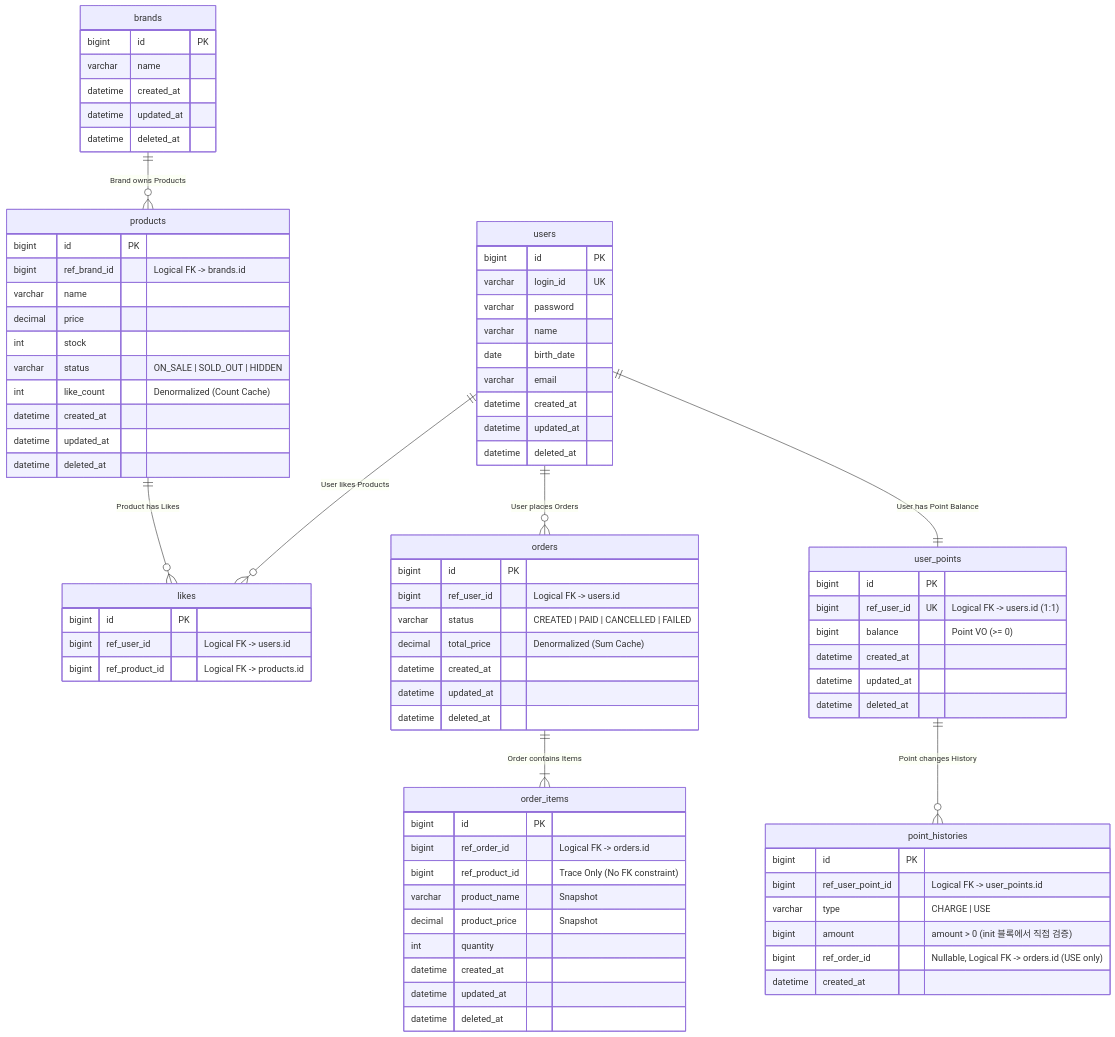
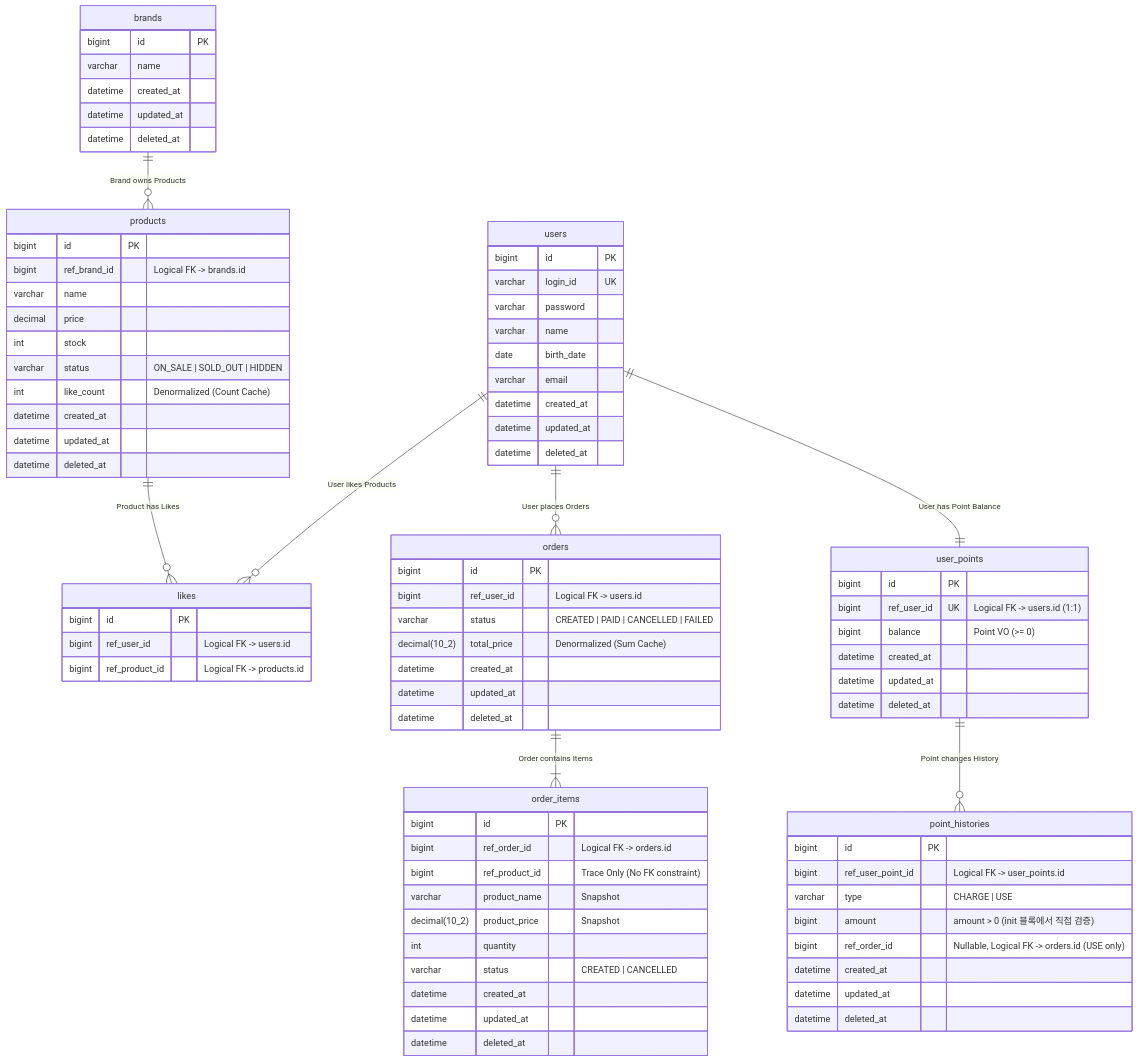
One commit to Loopers-dev-lab/loop-pack-be-l2-vol3-kotlin changed the diagram in docs/design/04-erd.md. Above: the diagram before and after it, drawn with Mermaid. The commit also changed other lines of this file and 6 other files, not shown here.

```diff
--- a/docs/design/04-erd.md
+++ b/docs/design/04-erd.md
@@ -65,7 +65,7 @@
         bigint id PK
         bigint ref_user_id "Logical FK -> users.id"
         varchar status "CREATED | PAID | CANCELLED | FAILED"
-        decimal total_price "Denormalized (Sum Cache)"
+        decimal(10_2) total_price "Denormalized (Sum Cache)"
         datetime created_at
         datetime updated_at
         datetime deleted_at
@@ -76,8 +76,9 @@
         bigint ref_order_id "Logical FK -> orders.id"
         bigint ref_product_id "Trace Only (No FK constraint)"
         varchar product_name "Snapshot"
-        decimal product_price "Snapshot"
+        decimal(10_2) product_price "Snapshot"
         int quantity
+        varchar status "CREATED | CANCELLED"
         datetime created_at
         datetime updated_at
         datetime deleted_at
@@ -99,6 +100,8 @@
         bigint amount "amount > 0 (init 블록에서 직접 검증)"
         bigint ref_order_id "Nullable, Logical FK -> orders.id (USE only)"
         datetime created_at
+        datetime updated_at
+        datetime deleted_at
     }
 
     brands ||--o{ products: "Brand owns Products"
```
